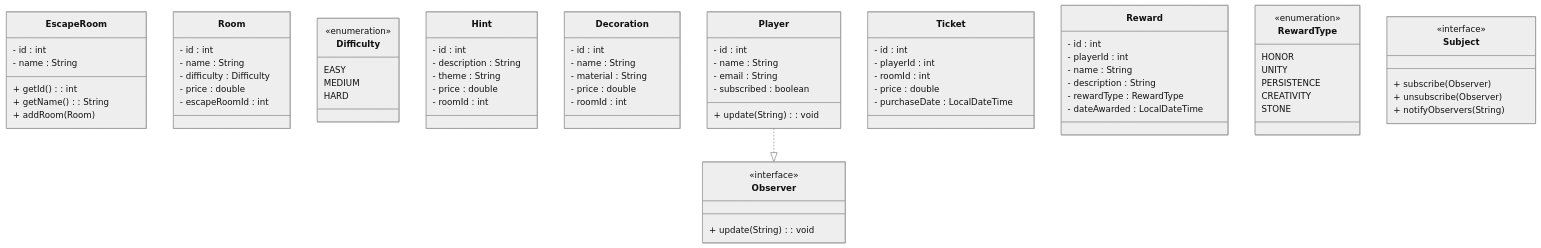
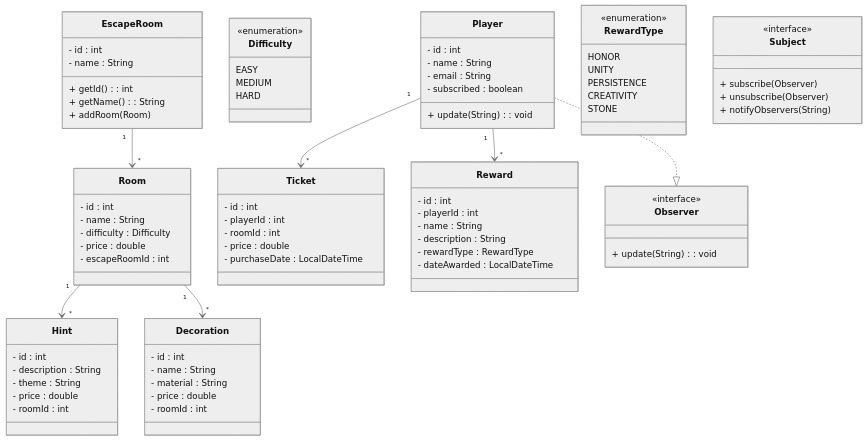
One commit to Escape-Room-ITAcademy-Oct2025/EscapeRoom changed the first of 2 diagrams in README.md. Above: the diagram before and after it, drawn with Mermaid.

Commit message:
docs: update db diagram

````diff
--- a/README.md
+++ b/README.md
@@ -132,4 +132,14 @@
     }
 
     Player ..|> Observer
+    
+%% ===========================
+%% RELATIONSHIPS MODEL
+%% ===========================
+
+    EscapeRoom "1" --> "*" Room
+    Room "1" --> "*" Hint
+    Room "1" --> "*" Decoration
+    Player "1" --> "*" Ticket
+    Player "1" --> "*" Reward
 ```
````
